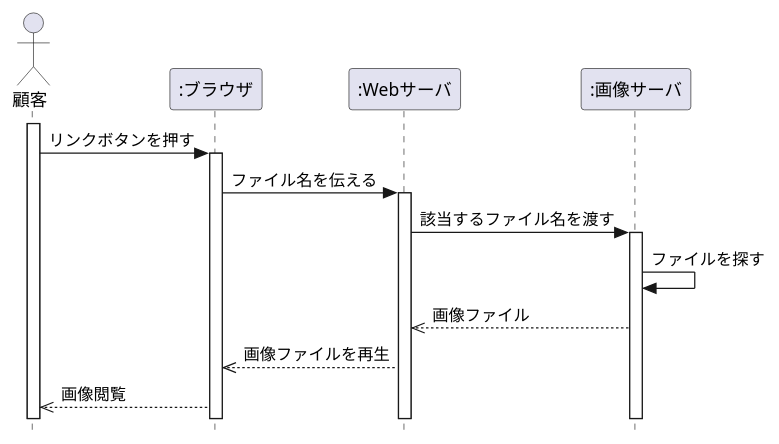
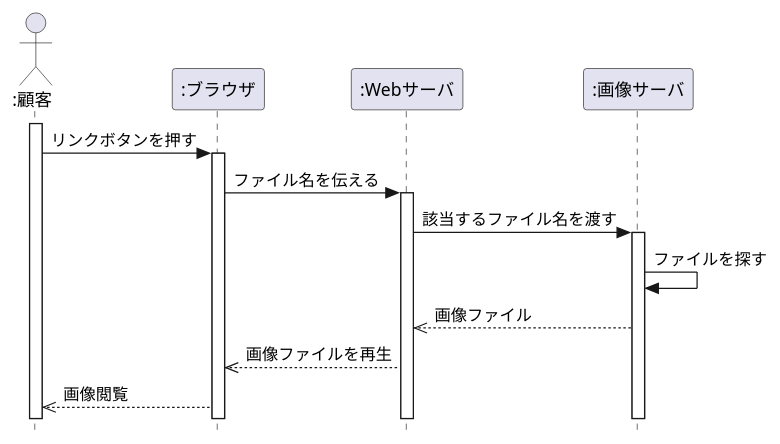
The diagram in 演習4-6_SD_Web画像検索.pu (Yamamoto0818/uml-intro), drawn with PlantUML before and after one commit.

Commit message:
課題

```diff
--- a/演習4-6_SD_Web画像検索.pu
+++ b/演習4-6_SD_Web画像検索.pu
@@ -1,23 +1,23 @@
 @startuml 演習4-6
 
 hide footbox
 
 skinparam style strictuml /' 厳密なUMLに準拠する'/
-Actor 顧客 as user
+Actor ":顧客" as user
 participant ":ブラウザ" as browser
 participant ":Webサーバ" as webserver
 participant ":画像サーバ" as server
 
 activate user
 user -> browser : リンクボタンを押す
 activate browser
 browser -> webserver : ファイル名を伝える
 activate webserver
 webserver -> server : 該当するファイル名を渡す
 activate server
 server -> server : ファイルを探す
 webserver <<-- server : 画像ファイル
 browser <<-- webserver : 画像ファイルを再生
 user <<-- browser : 画像閲覧
 
 @enduml
```
